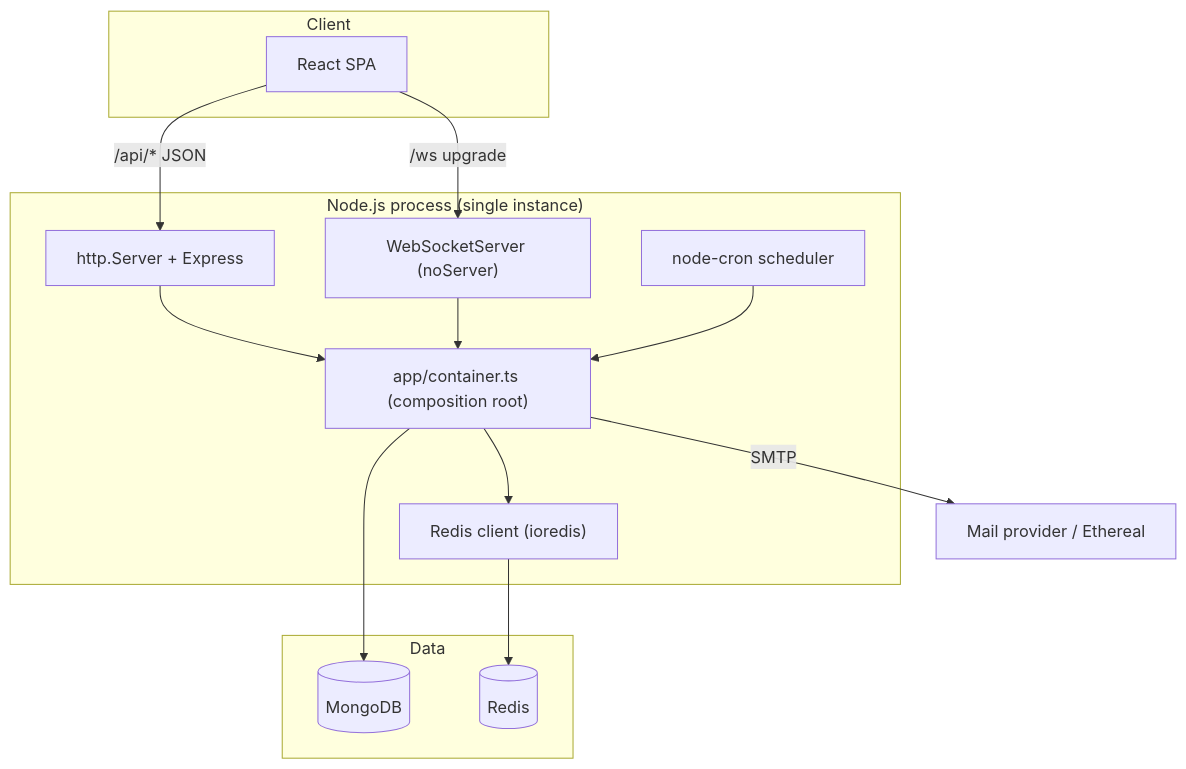
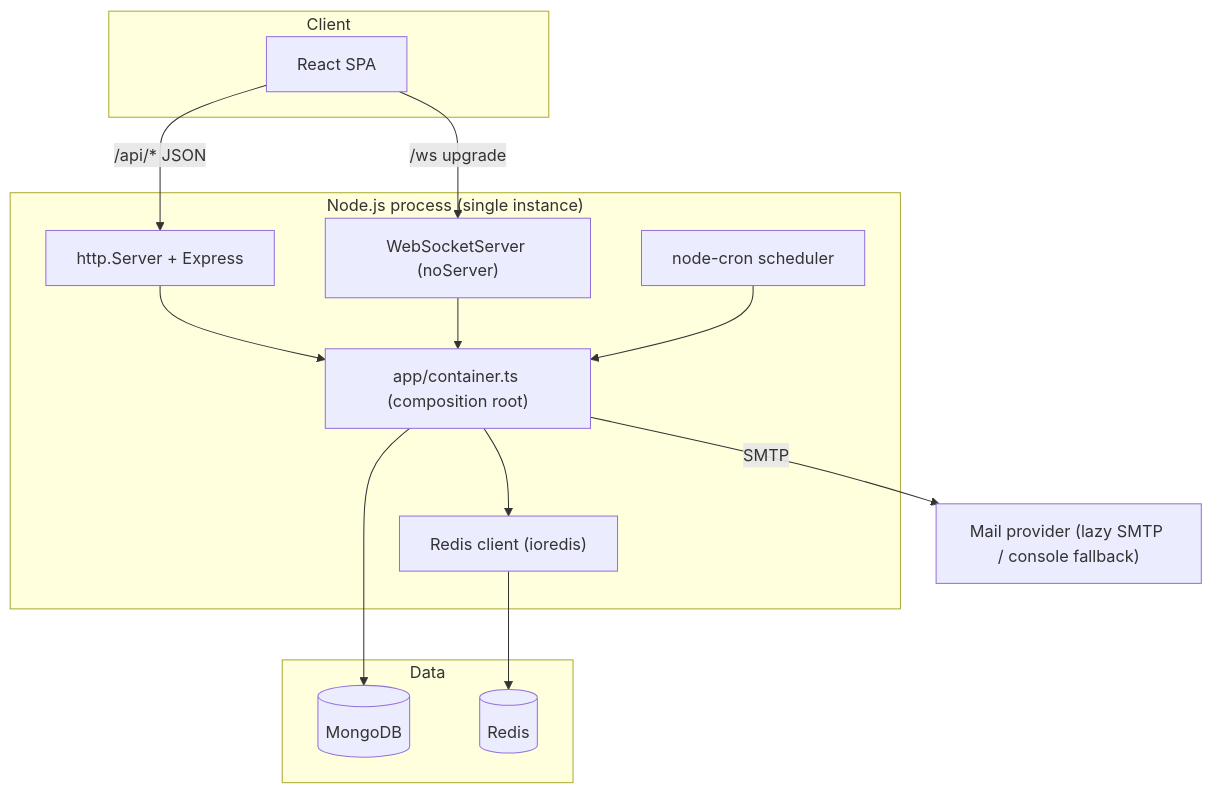
The first of 3 diagrams in server/docs/architecture/system-overview.md (aabhushanCD/spims), drawn with Mermaid before and after one commit. The commit also changed other lines of this file and 95 other files, not shown here.

````diff
--- a/server/docs/architecture/system-overview.md
+++ b/server/docs/architecture/system-overview.md
@@ -13,29 +13,29 @@
 ```mermaid
 flowchart TB
   subgraph Client
     Browser["React SPA"]
   end
 
   subgraph NodeProcess["Node.js process (single instance)"]
     HTTP["http.Server + Express"]
     WSS["WebSocketServer (noServer)"]
     Cron["node-cron scheduler"]
     Container["app/container.ts (composition root)"]
     Cache["Redis client (ioredis)"]
   end
 
   subgraph Data
     Mongo[("MongoDB")]
     Redis[("Redis")]
   end
 
   Browser -->|"/api/* JSON"| HTTP
   Browser -->|"/ws upgrade"| WSS
   HTTP --> Container
   WSS --> Container
   Cron --> Container
   Container --> Mongo
   Container --> Cache
   Cache --> Redis
-  Container -->|"SMTP"| Mail["Mail provider / Ethereal"]
+  Container -->|"SMTP"| Mail["Mail provider (lazy SMTP / console fallback)"]
 ```
````
